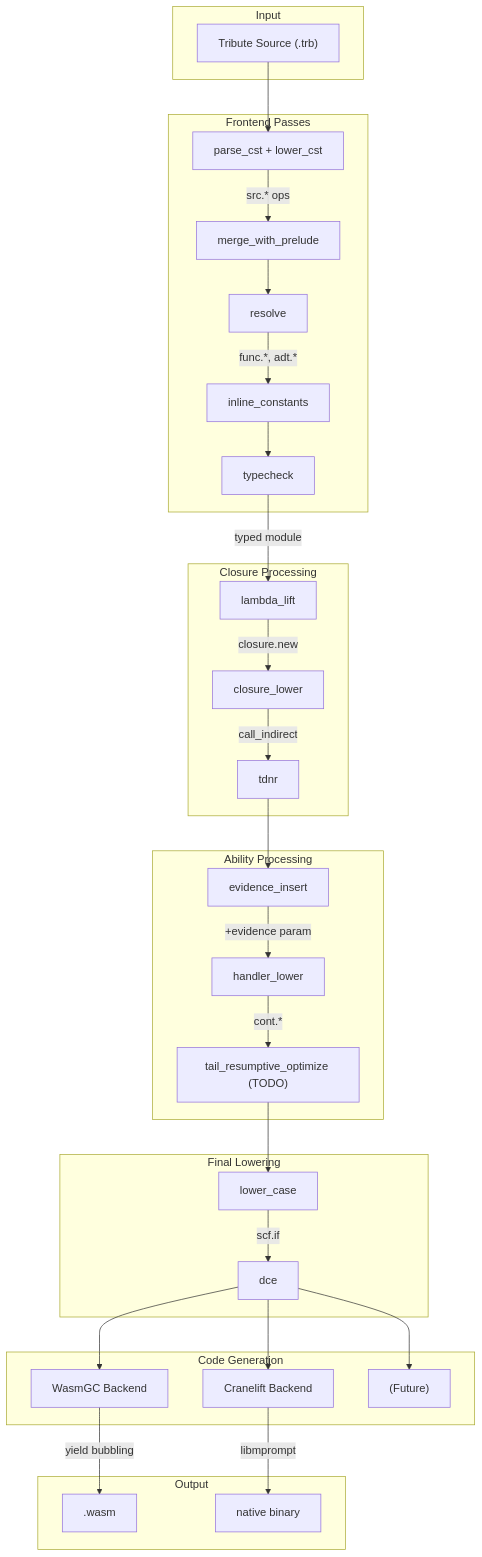
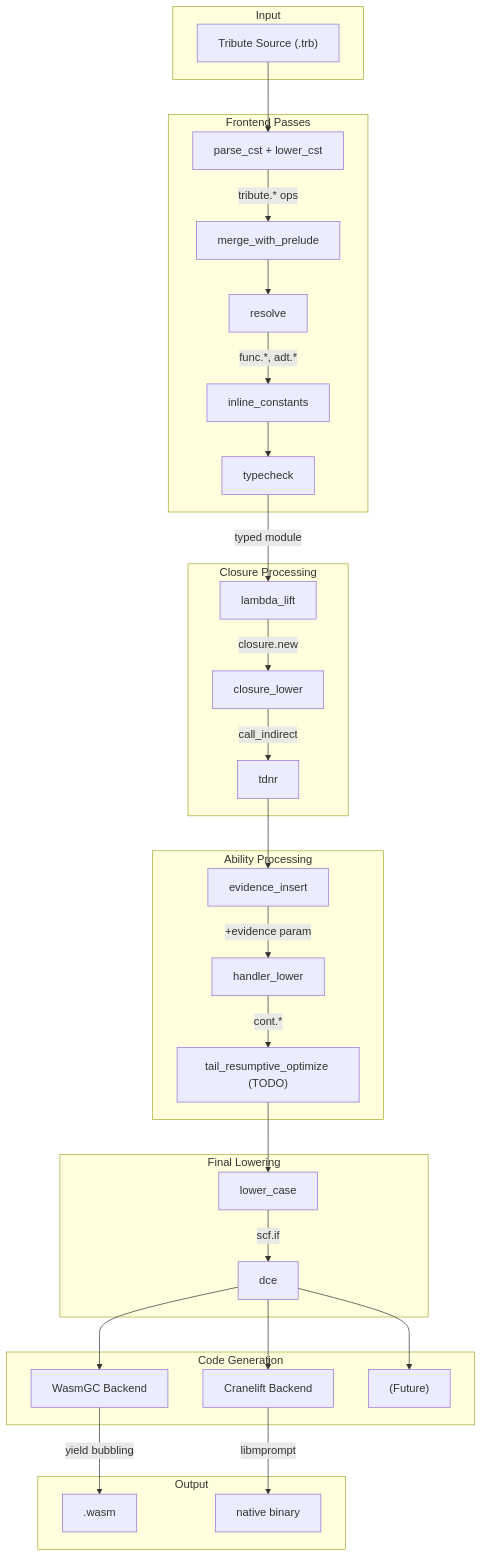
Before and after one commit to Kroisse/tribute: the diagram in new-plans/implementation.md, drawn with Mermaid. The commit also changed other lines of this file and 3 other files, not shown here.

First line of the commit message:
docs: fix dialect naming (src.* → tribute.*, case.* → tribute.case)

````diff
--- a/new-plans/implementation.md
+++ b/new-plans/implementation.md
@@ -475,59 +475,59 @@
 ```mermaid
 flowchart TB
     subgraph input["Input"]
         source["Tribute Source (.trb)"]
     end
 
     subgraph frontend["Frontend Passes"]
         parse["parse_cst + lower_cst"]
         prelude["merge_with_prelude"]
         resolve["resolve"]
         const_inline["inline_constants"]
         typecheck["typecheck"]
     end
 
     subgraph closure["Closure Processing"]
         lambda_lift["lambda_lift"]
         closure_lower["closure_lower"]
         tdnr["tdnr"]
     end
 
     subgraph ability["Ability Processing"]
         evidence["evidence_insert"]
         handler["handler_lower"]
         tail_opt["tail_resumptive_optimize (TODO)"]
     end
 
     subgraph lowering["Final Lowering"]
         lower_case["lower_case"]
         dce["dce"]
     end
 
     subgraph backends["Code Generation"]
         wasm["WasmGC Backend"]
         cranelift["Cranelift Backend"]
         future["(Future)"]
     end
 
     subgraph output["Output"]
         wasm_bin[".wasm"]
         native["native binary"]
     end
 
     source --> parse
-    parse -->|"src.* ops"| prelude
+    parse -->|"tribute.* ops"| prelude
     prelude --> resolve
     resolve -->|"func.*, adt.*"| const_inline
     const_inline --> typecheck
     typecheck -->|"typed module"| lambda_lift
     lambda_lift -->|"closure.new"| closure_lower
     closure_lower -->|"call_indirect"| tdnr
     tdnr --> evidence
     evidence -->|"+evidence param"| handler
     handler -->|"cont.*"| tail_opt
     tail_opt --> lower_case
     lower_case -->|"scf.if"| dce
     dce --> wasm & cranelift & future
     wasm -->|"yield bubbling"| wasm_bin
     cranelift -->|"libmprompt"| native
 ```
````
